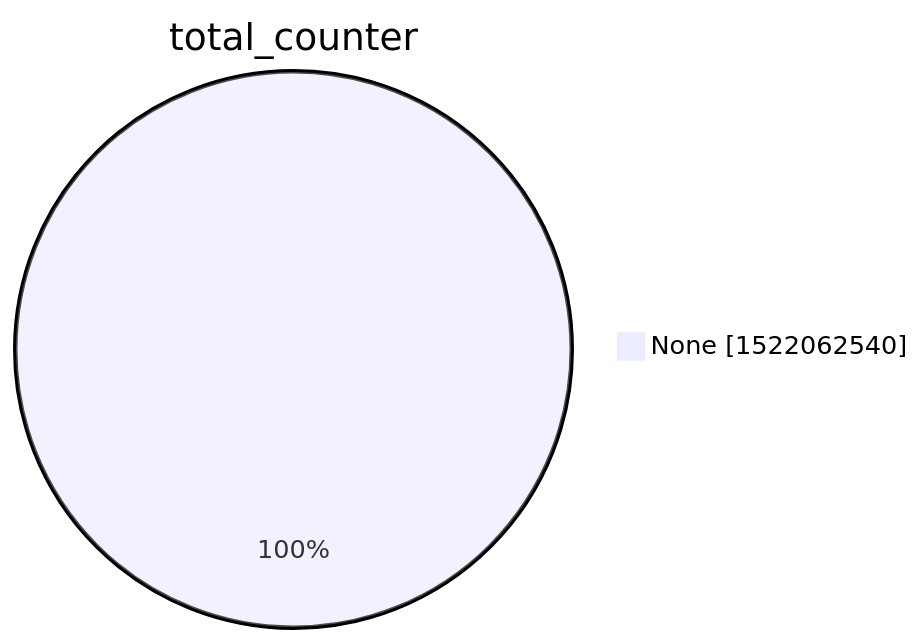
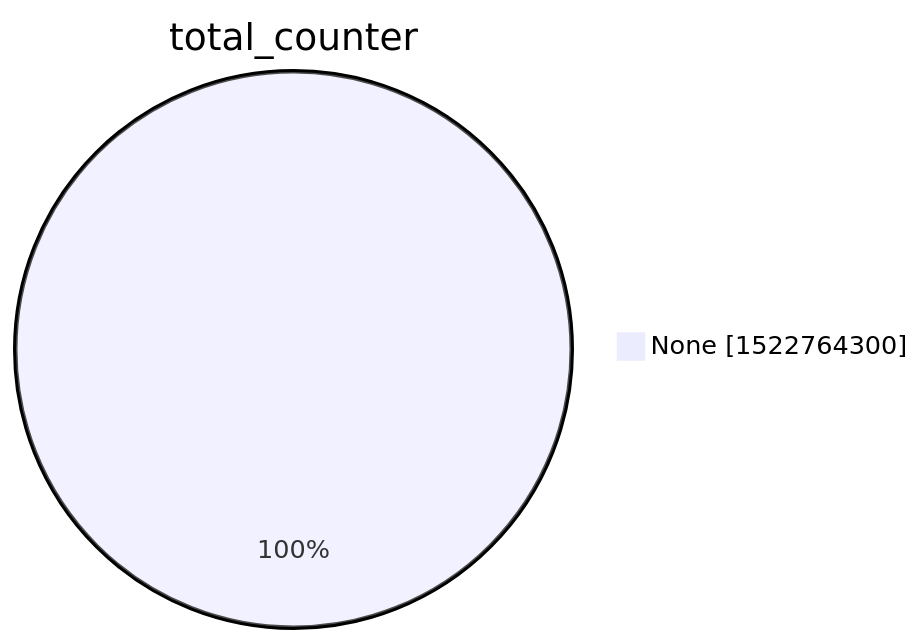
One commit to christiankrug/ctmonitor_visualization changed the second of 15 diagrams in xenon2022/README.md. Above: the diagram before and after it, drawn with Mermaid. The commit also changed other lines of this file, not shown here.

````diff
--- a/xenon2022/README.md
+++ b/xenon2022/README.md
@@ -9,5 +9,5 @@
 ```mermaid
 pie showData
 title total_counter
-"None" :1522062540
+"None" :1522764300
 ```
````
